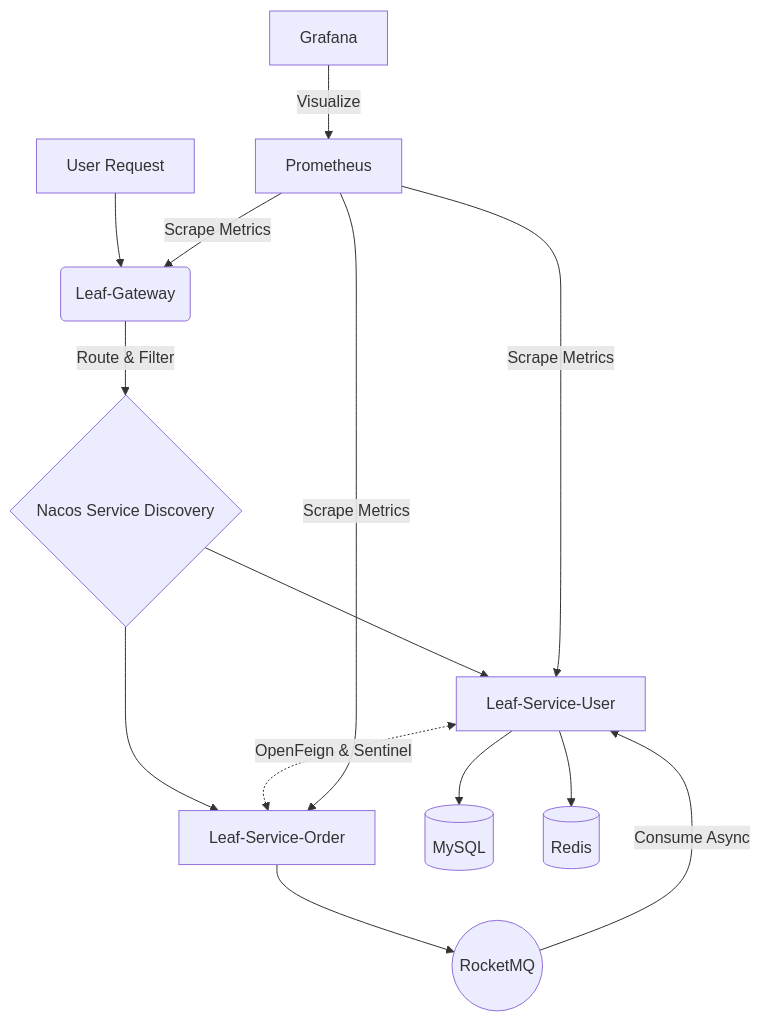
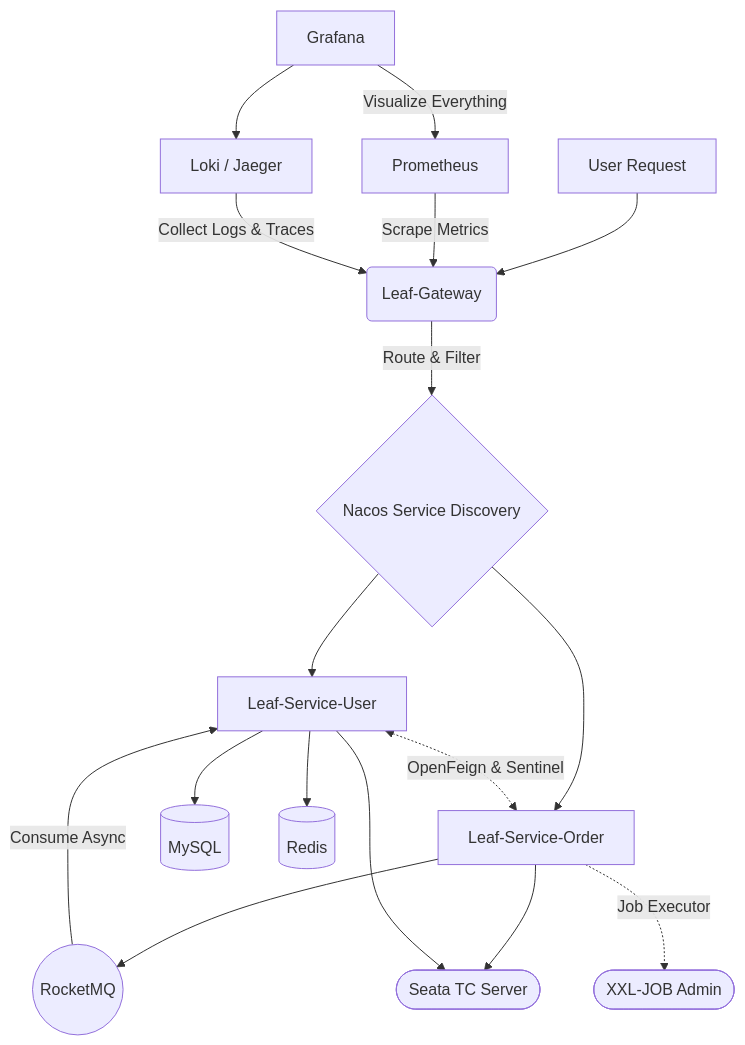
Before and after one commit to paiky/leaf-springcloud: the diagram in README.md, drawn with Mermaid. The commit also changed other lines of this file, not shown here.

Commit message:
docs: update README with Chapter 2 architecture and tech stack details

````diff
--- a/README.md
+++ b/README.md
@@ -22,20 +23,25 @@
 ```mermaid
 graph TD
     A[User Request] --> B(Leaf-Gateway)
     B -->|Route & Filter| C{Nacos Service Discovery}
     C --> D[Leaf-Service-User]
     C --> E[Leaf-Service-Order]
     
     D <-.-> |OpenFeign & Sentinel| E
     
     D --> F[(MySQL)]
     D --> G[(Redis)]
     
     E --> H((RocketMQ))
     H --> |Consume Async| D
     
+    E --> TC([Seata TC Server])
+    D --> TC
+    
+    E -.-> |Job Executor| X([XXL-JOB Admin])
+    
     I[Prometheus] --> |Scrape Metrics| B
-    I --> |Scrape Metrics| D
-    I --> |Scrape Metrics| E
-    J[Grafana] --> |Visualize| I
+    J[Loki / Jaeger] --> |Collect Logs & Traces| B
+    K[Grafana] --> |Visualize Everything| I
+    K --> J
 ```
````
